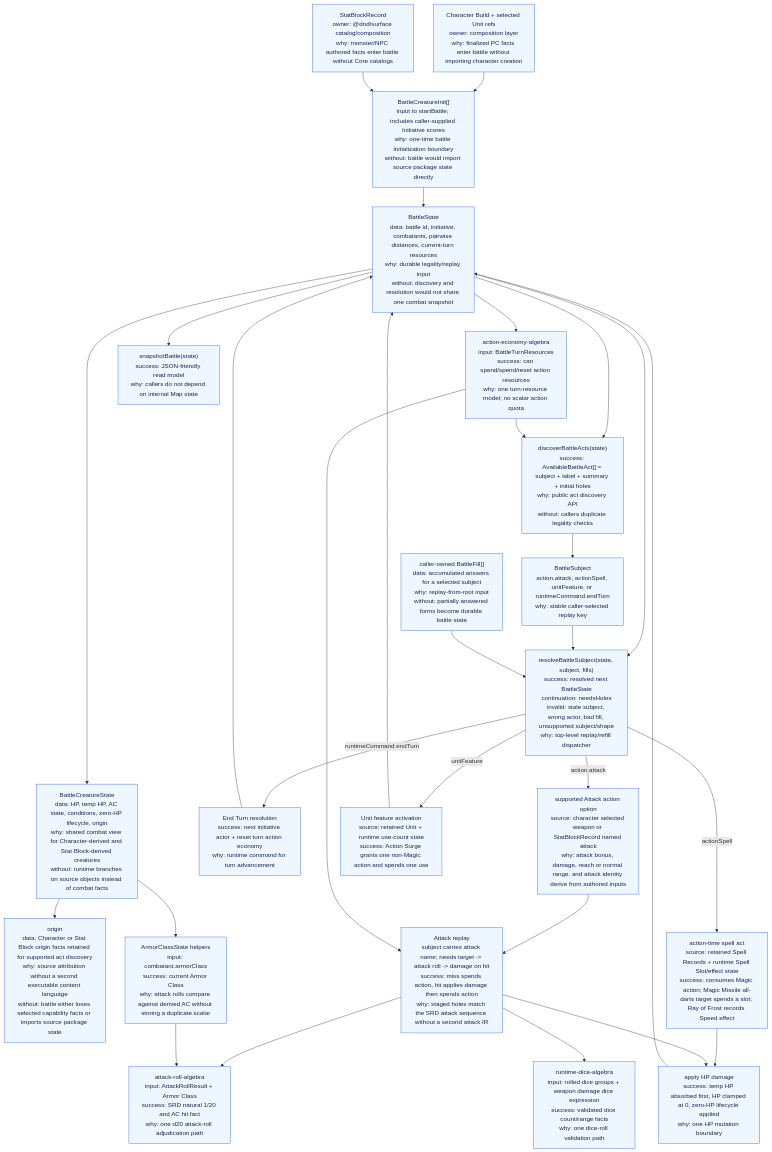
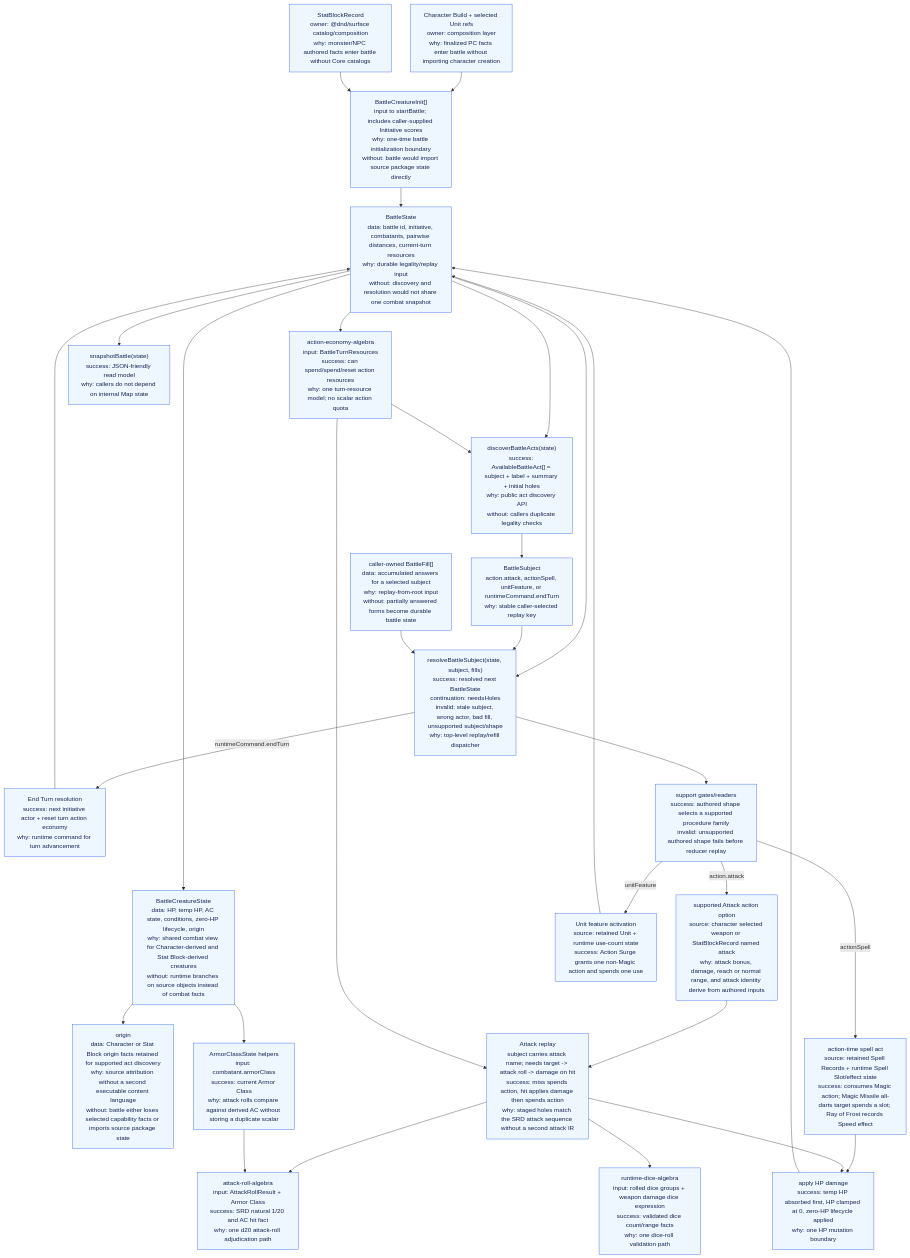
Before and after one commit to dearlordylord/5e-quint: the first of 2 diagrams in packages/battle-runtime/ARCHITECTURE_GRAPH.md, drawn with Mermaid. The commit also changed other lines of this file and 3 other files, not shown here.

````diff
--- a/packages/battle-runtime/ARCHITECTURE_GRAPH.md
+++ b/packages/battle-runtime/ARCHITECTURE_GRAPH.md
@@ -23,49 +32,51 @@
 ```mermaid
 flowchart TD
   CharacterBuild["Character Build + selected Unit refs<br/>owner: composition layer<br/>why: finalized PC facts enter battle without importing character creation"]
   StatBlock["StatBlockRecord<br/>owner: @dnd/surface catalog/composition<br/>why: monster/NPC authored facts enter battle without Core catalogs"]
   Init["BattleCreatureInit[]<br/>input to startBattle; includes caller-supplied Initiative scores<br/>why: one-time battle initialization boundary<br/>without: battle would import source package state directly"]
   State["BattleState<br/>data: battle id, initiative, combatants, pairwise distances, current-turn resources<br/>why: durable legality/replay input<br/>without: discovery and resolution would not share one combat snapshot"]
   Creature["BattleCreatureState<br/>data: HP, temp HP, AC state, conditions, zero-HP lifecycle, origin<br/>why: shared combat view for Character-derived and Stat Block-derived creatures<br/>without: runtime branches on source objects instead of combat facts"]
   Origin["origin<br/>data: Character or Stat Block origin facts retained for supported act discovery<br/>why: source attribution without a second executable content language<br/>without: battle either loses selected capability facts or imports source package state"]
   ArmorClass["ArmorClassState helpers<br/>input: combatant.armorClass<br/>success: current Armor Class<br/>why: attack rolls compare against derived AC without storing a duplicate scalar"]
   ActionEconomy["action-economy-algebra<br/>input: BattleTurnResources<br/>success: can spend/spend/reset action resources<br/>why: one turn-resource model; no scalar action quota"]
   AttackRoll["attack-roll-algebra<br/>input: AttackRollResult + Armor Class<br/>success: SRD natural 1/20 and AC hit fact<br/>why: one d20 attack-roll adjudication path"]
   RuntimeDice["runtime-dice-algebra<br/>input: rolled dice groups + weapon damage dice expression<br/>success: validated dice count/range facts<br/>why: one dice-roll validation path"]
   Discover["discoverBattleActs(state)<br/>success: AvailableBattleAct[] = subject + label + summary + initial holes<br/>why: public act discovery API<br/>without: callers duplicate legality checks"]
   Subject["BattleSubject<br/>action.attack, actionSpell, unitFeature, or runtimeCommand.endTurn<br/>why: stable caller-selected replay key"]
   FillSession["caller-owned BattleFill[]<br/>data: accumulated answers for a selected subject<br/>why: replay-from-root input<br/>without: partially answered forms become durable battle state"]
   Resolve["resolveBattleSubject(state, subject, fills)<br/>success: resolved next BattleState<br/>continuation: needsHoles<br/>invalid: stale subject, wrong actor, bad fill, unsupported subject/shape<br/>why: top-level replay/refill dispatcher"]
   EndTurn["End Turn resolution<br/>success: next initiative actor + reset turn action economy<br/>why: runtime command for turn advancement"]
+  Support["support gates/readers<br/>success: authored shape selects a supported procedure family<br/>invalid: unsupported authored shape fails before reducer replay"]
   AttackOption["supported Attack action option<br/>source: character selected weapon or StatBlockRecord named attack<br/>why: attack bonus, damage, reach or normal range, and attack identity derive from authored inputs"]
   UnitFeature["Unit feature activation<br/>source: retained Unit + runtime use-count state<br/>success: Action Surge grants one non-Magic action and spends one use"]
   SpellAct["action-time spell act<br/>source: retained Spell Records + runtime Spell Slot/effect state<br/>success: consumes Magic action; Magic Missile all-darts target spends a slot; Ray of Frost records Speed effect"]
   AttackReplay["Attack replay<br/>subject carries attack name; needs target -> attack roll -> damage on hit<br/>success: miss spends action, hit applies damage then spends action<br/>why: staged holes match the SRD attack sequence without a second attack IR"]
   Damage["apply HP damage<br/>success: temp HP absorbed first, HP clamped at 0, zero-HP lifecycle applied<br/>why: one HP mutation boundary"]
   Snapshot["snapshotBattle(state)<br/>success: JSON-friendly read model<br/>why: callers do not depend on internal Map state"]
 
   CharacterBuild --> Init
   StatBlock --> Init
   Init --> State --> Creature
   Creature --> Origin
   Creature --> ArmorClass
   State --> ActionEconomy
   State --> Discover --> Subject
   State --> Snapshot
   State --> Resolve
   Subject --> Resolve
   FillSession --> Resolve
   Resolve -->|runtimeCommand.endTurn| EndTurn --> State
-  Resolve -->|action.attack| AttackOption --> AttackReplay
-  Resolve -->|unitFeature| UnitFeature --> State
-  Resolve -->|actionSpell| SpellAct --> Damage
+  Resolve --> Support
+  Support -->|action.attack| AttackOption --> AttackReplay
+  Support -->|unitFeature| UnitFeature --> State
+  Support -->|actionSpell| SpellAct --> Damage
   AttackReplay --> AttackRoll
   AttackReplay --> RuntimeDice
   AttackReplay --> Damage --> State
   ArmorClass --> AttackRoll
   ActionEconomy --> Discover
   ActionEconomy --> AttackReplay
 
   classDef implemented fill:#eef6ff,stroke:#2563eb,color:#172554;
-  class CharacterBuild,StatBlock,Init,State,Creature,Origin,ArmorClass,ActionEconomy,AttackRoll,RuntimeDice,Discover,Subject,FillSession,Resolve,EndTurn,AttackOption,AttackReplay,UnitFeature,SpellAct,Damage,Snapshot implemented;
+  class CharacterBuild,StatBlock,Init,State,Creature,Origin,ArmorClass,ActionEconomy,AttackRoll,RuntimeDice,Discover,Subject,FillSession,Resolve,EndTurn,Support,AttackOption,AttackReplay,UnitFeature,SpellAct,Damage,Snapshot implemented;
 ```
````
